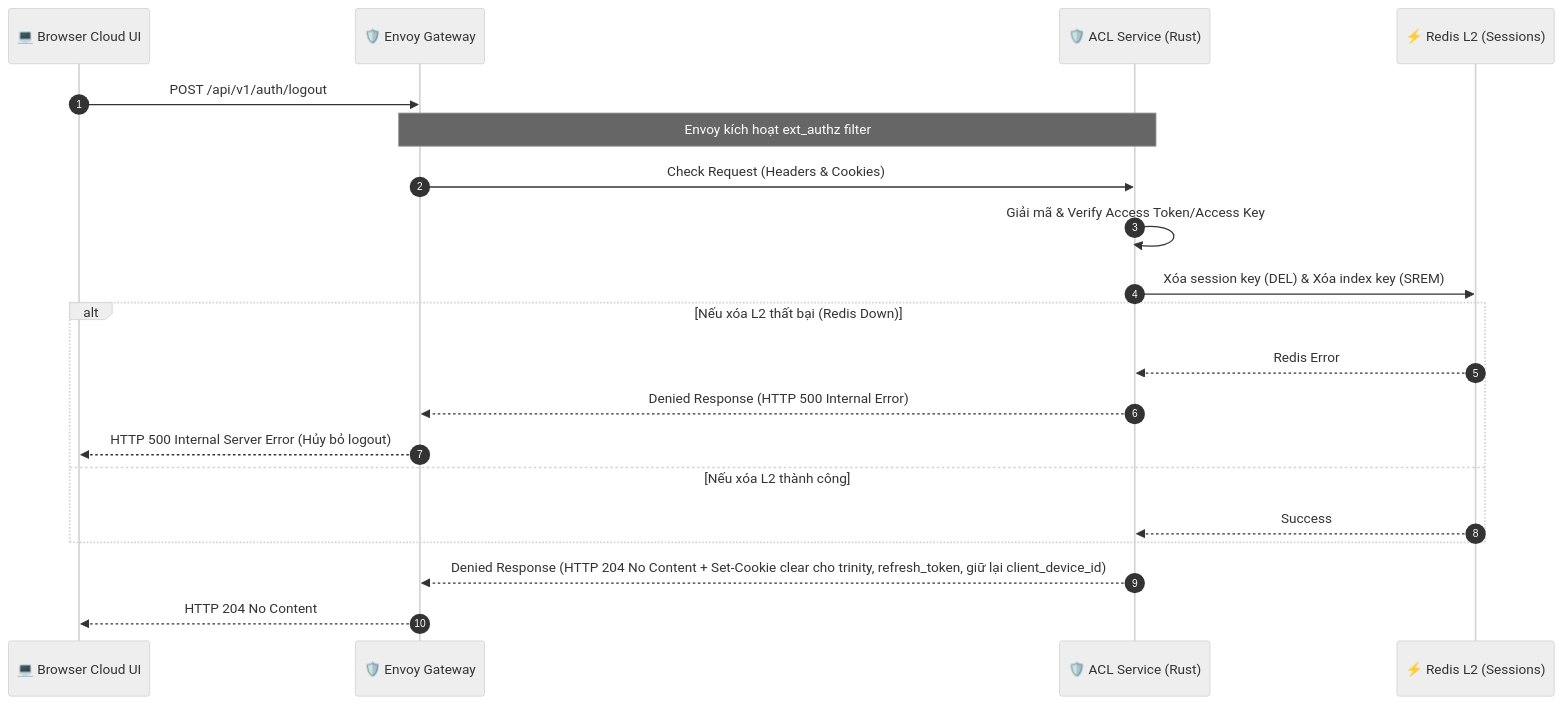
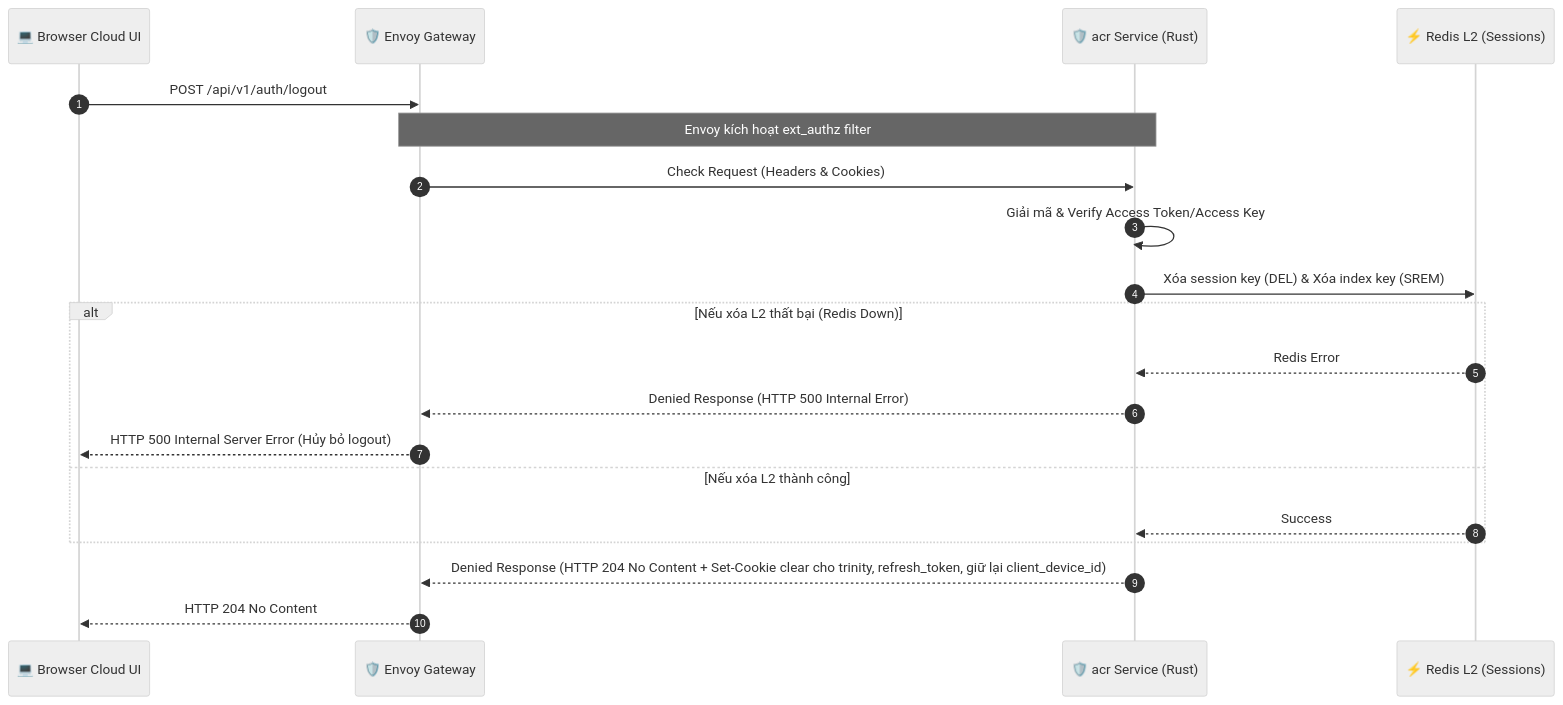
One commit to phucle996/aurora changed the second of 3 diagrams in god_view/iam/user_logout_god_view_workflow.md. Above: the diagram before and after it, drawn with Mermaid (neutral theme). The commit also changed other lines of this file and 72 other files, not shown here.

Commit message:
refactor: remove policy engine and modularize session management service

````diff
--- a/god_view/iam/user_logout_god_view_workflow.md
+++ b/god_view/iam/user_logout_god_view_workflow.md
@@ -93,25 +93,25 @@
 ```mermaid
 sequenceDiagram
     autonumber
     participant UI as 💻 Browser Cloud UI
     participant Envoy as 🛡️ Envoy Gateway
-    participant ACL as 🛡️ ACL Service (Rust)
+    participant acr as 🛡️ acr Service (Rust)
     participant L2 as ⚡ Redis L2 (Sessions)
 
     UI->>Envoy: POST /api/v1/auth/logout
-    Note over Envoy,ACL: Envoy kích hoạt ext_authz filter
-    Envoy->>ACL: Check Request (Headers & Cookies)
+    Note over Envoy,acr: Envoy kích hoạt ext_authz filter
+    Envoy->>acr: Check Request (Headers & Cookies)
     
-    ACL->>ACL: Giải mã & Verify Access Token/Access Key
-    ACL->>L2: Xóa session key (DEL) & Xóa index key (SREM)
+    acr->>acr: Giải mã & Verify Access Token/Access Key
+    acr->>L2: Xóa session key (DEL) & Xóa index key (SREM)
     alt Nếu xóa L2 thất bại (Redis Down)
-        L2-->>ACL: Redis Error
-        ACL-->>Envoy: Denied Response (HTTP 500 Internal Error)
+        L2-->>acr: Redis Error
+        acr-->>Envoy: Denied Response (HTTP 500 Internal Error)
         Envoy-->>UI: HTTP 500 Internal Server Error (Hủy bỏ logout)
     else Nếu xóa L2 thành công
-        L2-->>ACL: Success
+        L2-->>acr: Success
     end
 
-    ACL-->>Envoy: Denied Response (HTTP 204 No Content + Set-Cookie clear cho trinity, refresh_token, giữ lại client_device_id)
+    acr-->>Envoy: Denied Response (HTTP 204 No Content + Set-Cookie clear cho trinity, refresh_token, giữ lại client_device_id)
     Envoy-->>UI: HTTP 204 No Content
 ```
````
